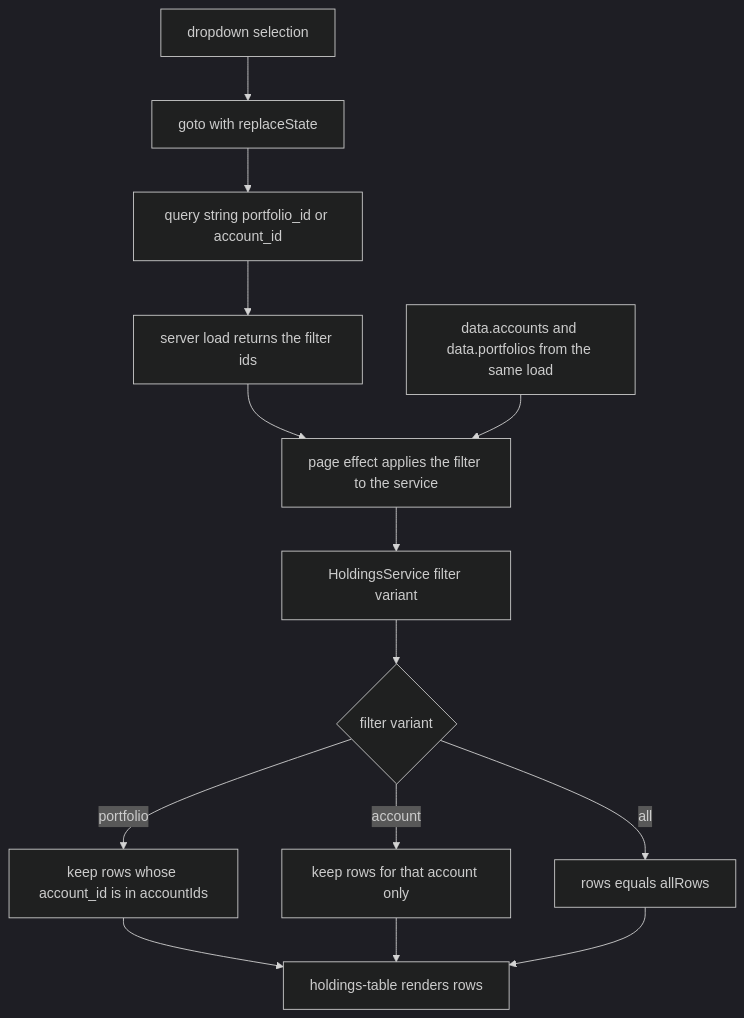
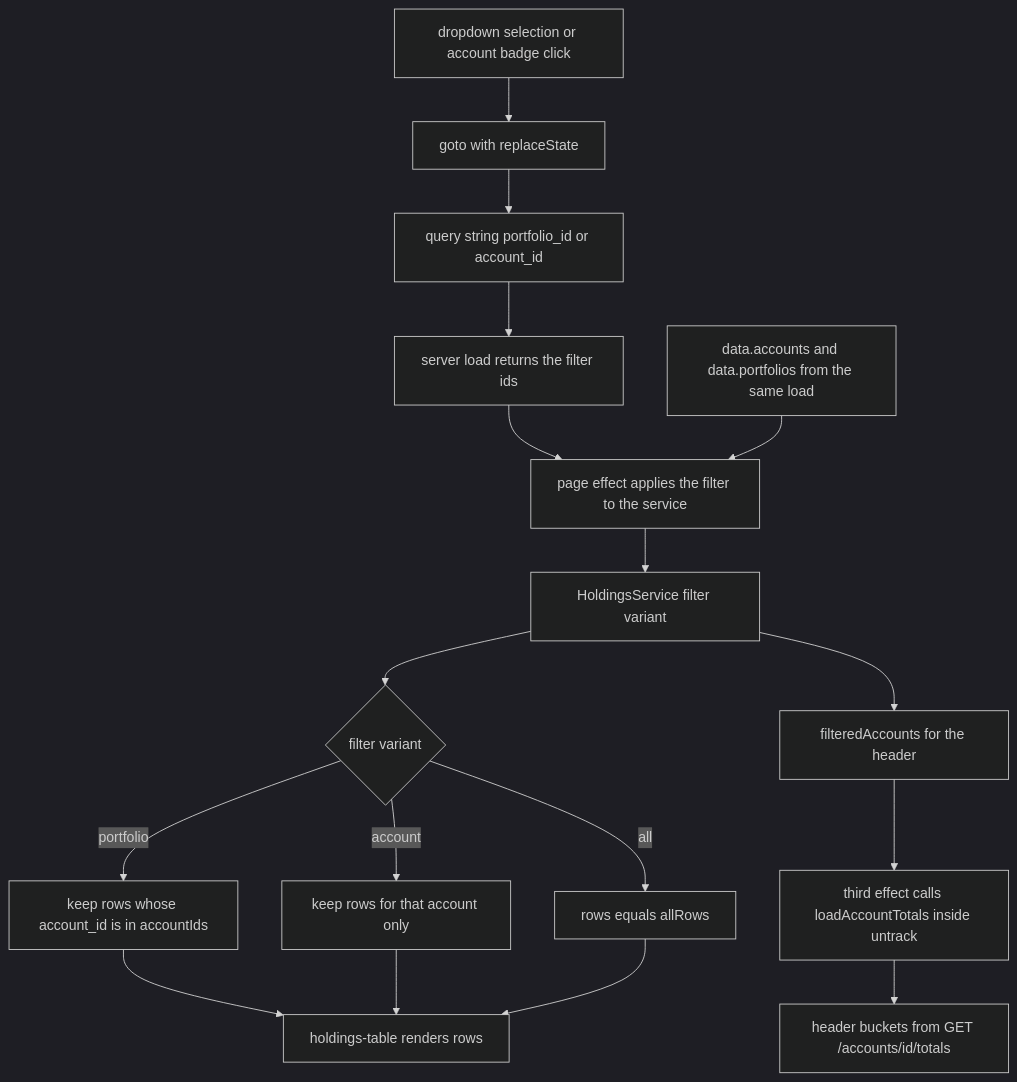
The second of 3 diagrams in openwiki/workflows/accounts-and-holdings-views.md (havekes/retail-portfolio), drawn with Mermaid (dark theme) before and after one commit. The commit also changed other lines of this file and 57 other files, not shown here.

````diff
--- a/openwiki/workflows/accounts-and-holdings-views.md
+++ b/openwiki/workflows/accounts-and-holdings-views.md
@@ -518,16 +701,19 @@
 ```mermaid
 flowchart TD
     Url["query string portfolio_id or account_id"] --> Load["server load returns the filter ids"]
     Load --> Effect["page effect applies the filter to the service"]
     Accounts["data.accounts and data.portfolios from the same load"] --> Effect
     Effect --> State["HoldingsService filter variant"]
     State --> Rows{"filter variant"}
     Rows -->|"portfolio"| ByPortfolio["keep rows whose account_id is in accountIds"]
     Rows -->|"account"| ByAccount["keep rows for that account only"]
     Rows -->|"all"| AllRows["rows equals allRows"]
     ByPortfolio --> Table["holdings-table renders rows"]
     ByAccount --> Table
     AllRows --> Table
-    Pick["dropdown selection"] --> GoTo["goto with replaceState"]
+    State --> Filtered["filteredAccounts for the header"]
+    Filtered --> TotalsEffect["third effect calls loadAccountTotals inside untrack"]
+    TotalsEffect --> Header["header buckets from GET /accounts/id/totals"]
+    Pick["dropdown selection or account badge click"] --> GoTo["goto with replaceState"]
     GoTo --> Url
 ```
````
